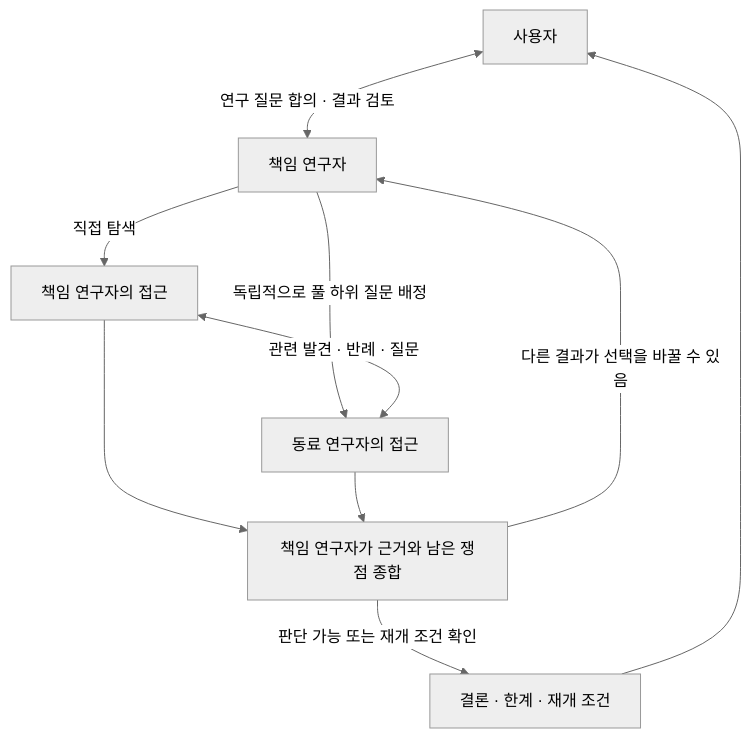
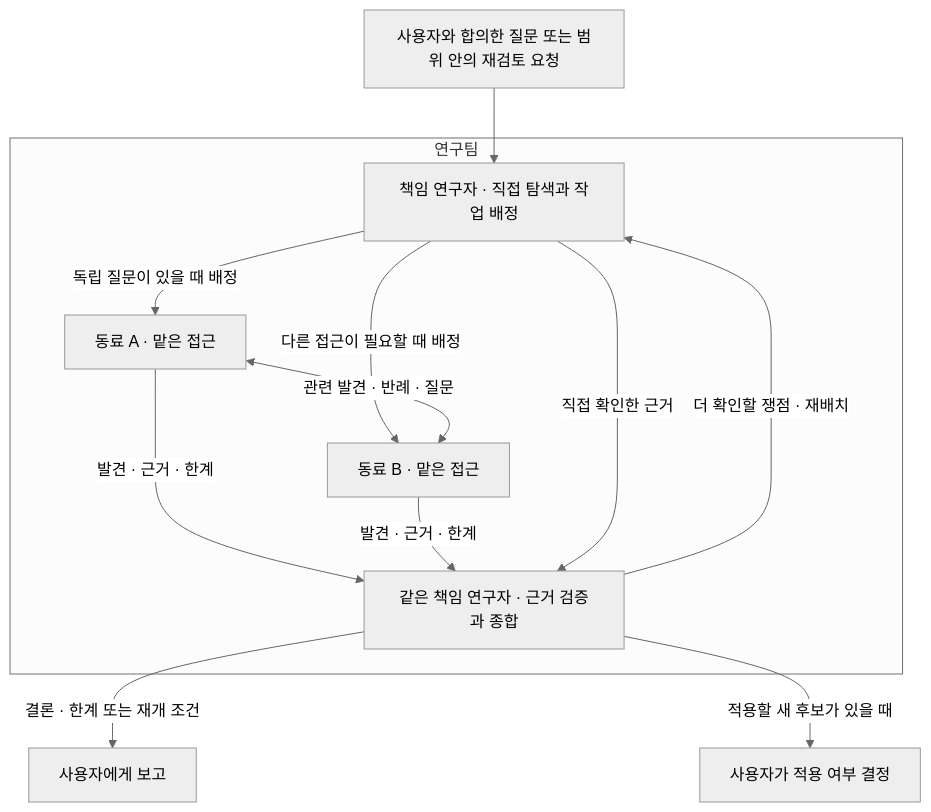
One commit to Rmayana/frontier-research-harness changed the second of 2 diagrams in docs/DESIGN.md. Above: the diagram before and after it, drawn with Mermaid (neutral theme). The commit also changed other lines of this file, not shown here.

````diff
--- a/docs/DESIGN.md
+++ b/docs/DESIGN.md
@@ -48,12 +42,19 @@
 ```mermaid
 flowchart TD
-    U["사용자"] <-->|"연구 질문 합의 · 결과 검토"| L["책임 연구자"]
-    L -->|"직접 탐색"| A["책임 연구자의 접근"]
-    L -->|"독립적으로 풀 하위 질문 배정"| B["동료 연구자의 접근"]
-    A <-->|"관련 발견 · 반례 · 질문"| B
-    A --> J["책임 연구자가 근거와 남은 쟁점 종합"]
-    B --> J
-    J -->|"다른 결과가 선택을 바꿀 수 있음"| L
-    J -->|"판단 가능 또는 재개 조건 확인"| R["결론 · 한계 · 재개 조건"]
-    R --> U
+    Q["사용자와 합의한 질문 또는 범위 안의 재검토 요청"] --> L
+    subgraph Team["연구팀"]
+        L["책임 연구자 · 직접 탐색과 작업 배정"]
+        A["동료 A · 맡은 접근"]
+        B["동료 B · 맡은 접근"]
+        L -->|"독립 질문이 있을 때 배정"| A
+        L -->|"다른 접근이 필요할 때 배정"| B
+        A <-->|"관련 발견 · 반례 · 질문"| B
+        A -->|"발견 · 근거 · 한계"| J
+        B -->|"발견 · 근거 · 한계"| J
+        L -->|"직접 확인한 근거"| J
+        J["같은 책임 연구자 · 근거 검증과 종합"]
+        J -->|"더 확인할 쟁점 · 재배치"| L
+    end
+    J -->|"결론 · 한계 또는 재개 조건"| U["사용자에게 보고"]
+    J -->|"적용할 새 후보가 있을 때"| D["사용자가 적용 여부 결정"]
 ```
````
